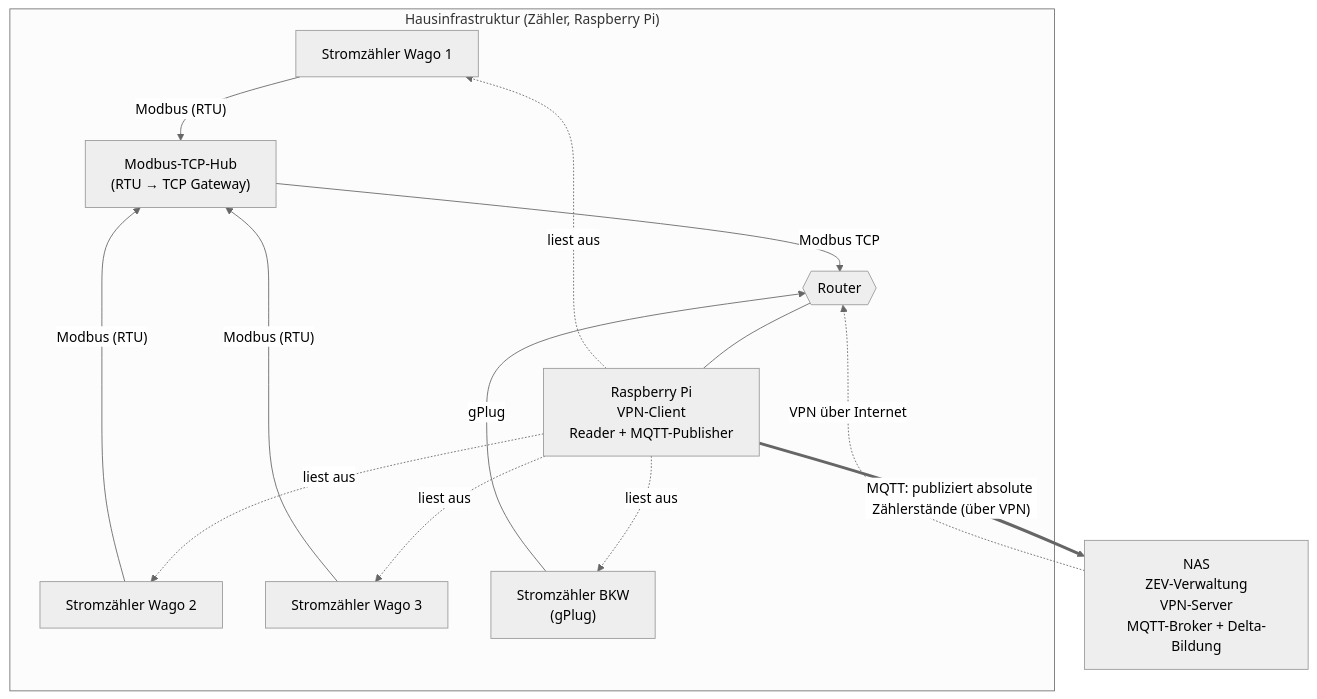
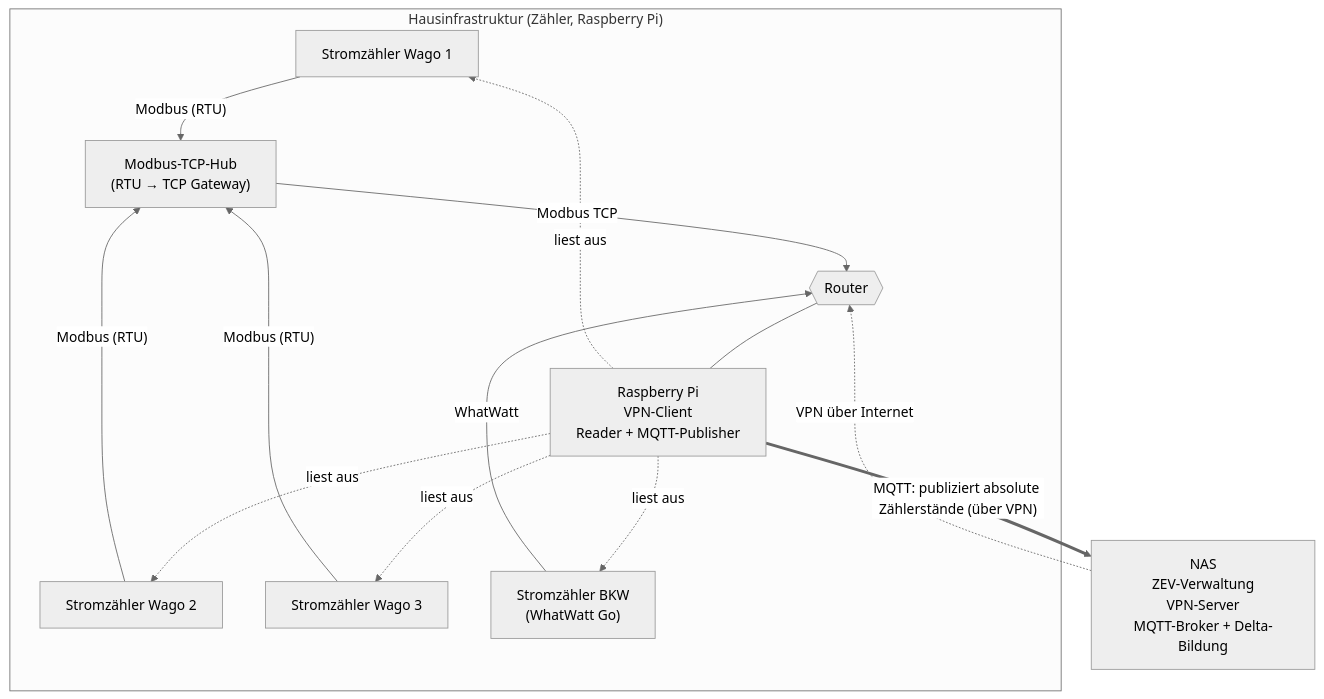
Before and after one commit to ursnacht/ZEV: the diagram in docs/Netzwerk-Topologie-Hene.md, drawn with Mermaid (neutral theme). The commit also changed other lines of this file, not shown here.

````diff
--- a/docs/Netzwerk-Topologie-Hene.md
+++ b/docs/Netzwerk-Topologie-Hene.md
@@ -3,29 +3,29 @@
 ```mermaid
 flowchart TB
     subgraph Lokales_Netzwerk["Hausinfrastruktur (Zähler, Raspberry Pi)"]
         W1["Stromzähler Wago 1"]
         W2["Stromzähler Wago 2"]
         W3["Stromzähler Wago 3"]
         HUB["Modbus-TCP-Hub<br/>(RTU → TCP Gateway)"]
-        BKW["Stromzähler BKW<br/>(gPlug)"]
+        BKW["Stromzähler BKW<br/>(WhatWatt Go)"]
         ROUTER{{"Router"}}
         RPI["Raspberry Pi<br/>VPN-Client<br/>Reader + MQTT-Publisher"]
     end
 
     NAS["NAS<br/>ZEV-Verwaltung<br/>VPN-Server<br/>MQTT-Broker + Delta-Bildung"]
 
     W1 -- "Modbus (RTU)" --> HUB
     W2 -- "Modbus (RTU)" --> HUB
     W3 -- "Modbus (RTU)" --> HUB
     HUB -- "Modbus TCP" --> ROUTER
-    BKW -- "gPlug" --> ROUTER
+    BKW -- "WhatWatt" --> ROUTER
     ROUTER --- RPI
 
     RPI -. "liest aus" .-> W1
     RPI -. "liest aus" .-> W2
     RPI -. "liest aus" .-> W3
     RPI -. "liest aus" .-> BKW
 
     NAS -. "VPN über Internet" .-> ROUTER
     RPI == "MQTT: publiziert absolute Zählerstände (über VPN)" ==> NAS
 ```
````
